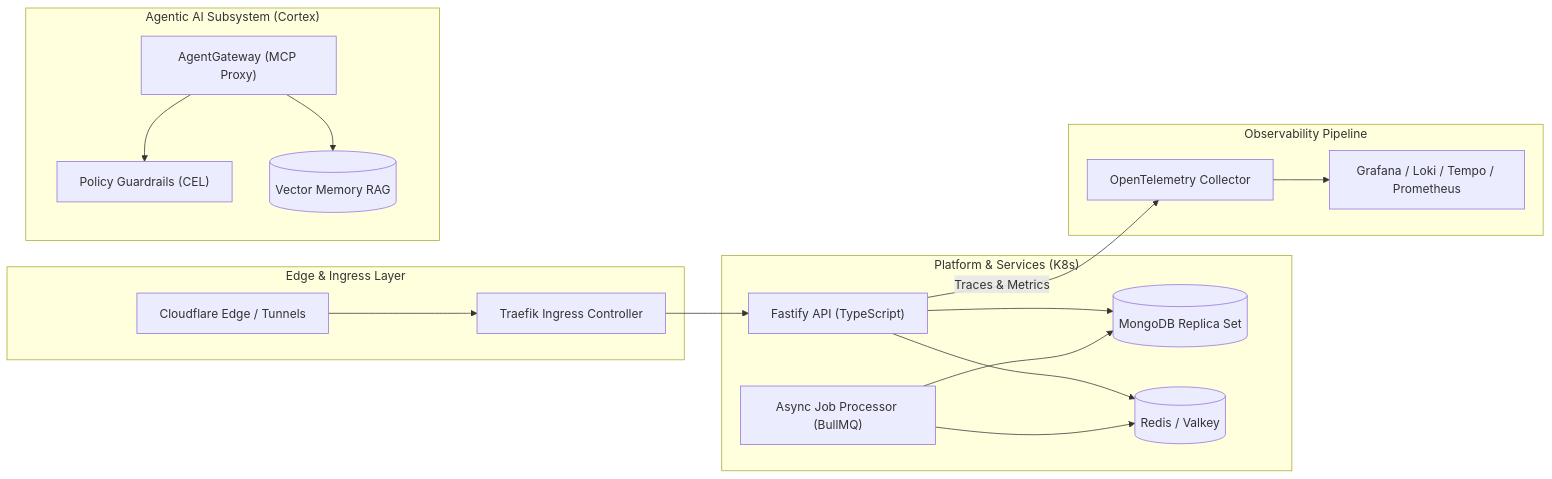
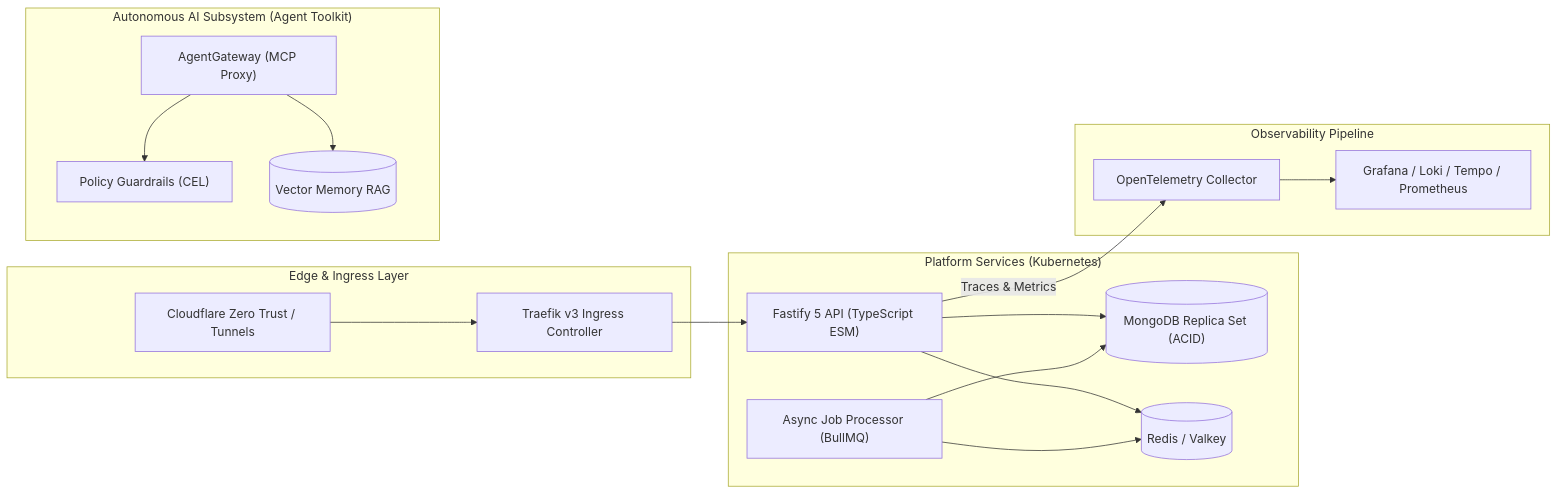
Before and after one commit to tupynambalucas/tupynambalucas: the diagram in README.md, drawn with Mermaid. The commit also changed other lines of this file and 40 other files, not shown here.

Commit message:
feat(profile): modernize readme template, migrate brand assets to org, and document renderer architecture

````diff
--- a/README.md
+++ b/README.md
@@ -50,38 +55,38 @@
 ```mermaid
 graph LR
-  subgraph ClientEdge ["Edge & Ingress Layer"]
-    CF["Cloudflare Edge / Tunnels"]
-    Ingress["Traefik Ingress Controller"]
+  subgraph Edge ["Edge & Ingress Layer"]
+    CF["Cloudflare Zero Trust / Tunnels"]
+    Ingress["Traefik v3 Ingress Controller"]
     CF --> Ingress
   end
 
-  subgraph CorePlatform ["Platform & Services (K8s)"]
-    API["Fastify API (TypeScript)"]
+  subgraph CorePlatform ["Platform Services (Kubernetes)"]
+    API["Fastify 5 API (TypeScript ESM)"]
     Worker["Async Job Processor (BullMQ)"]
-    DB[("MongoDB Replica Set")]
+    DB[("MongoDB Replica Set (ACID)")]
     Cache[("Redis / Valkey")]
 
     Ingress --> API
     API --> Cache
     API --> DB
     Worker --> Cache
     Worker --> DB
   end
 
-  subgraph AgenticAI ["Agentic AI Subsystem (Cortex)"]
+  subgraph AgenticAI ["Autonomous AI Subsystem (Agent Toolkit)"]
     Gateway["AgentGateway (MCP Proxy)"]
     Guardrails["Policy Guardrails (CEL)"]
     Memory[("Vector Memory RAG")]
 
     Gateway --> Guardrails
     Gateway --> Memory
   end
 
   subgraph Telemetry ["Observability Pipeline"]
     Otel["OpenTelemetry Collector"]
     LGTM["Grafana / Loki / Tempo / Prometheus"]
 
     API -->|Traces & Metrics| Otel
     Otel --> LGTM
   end
 ```
````
